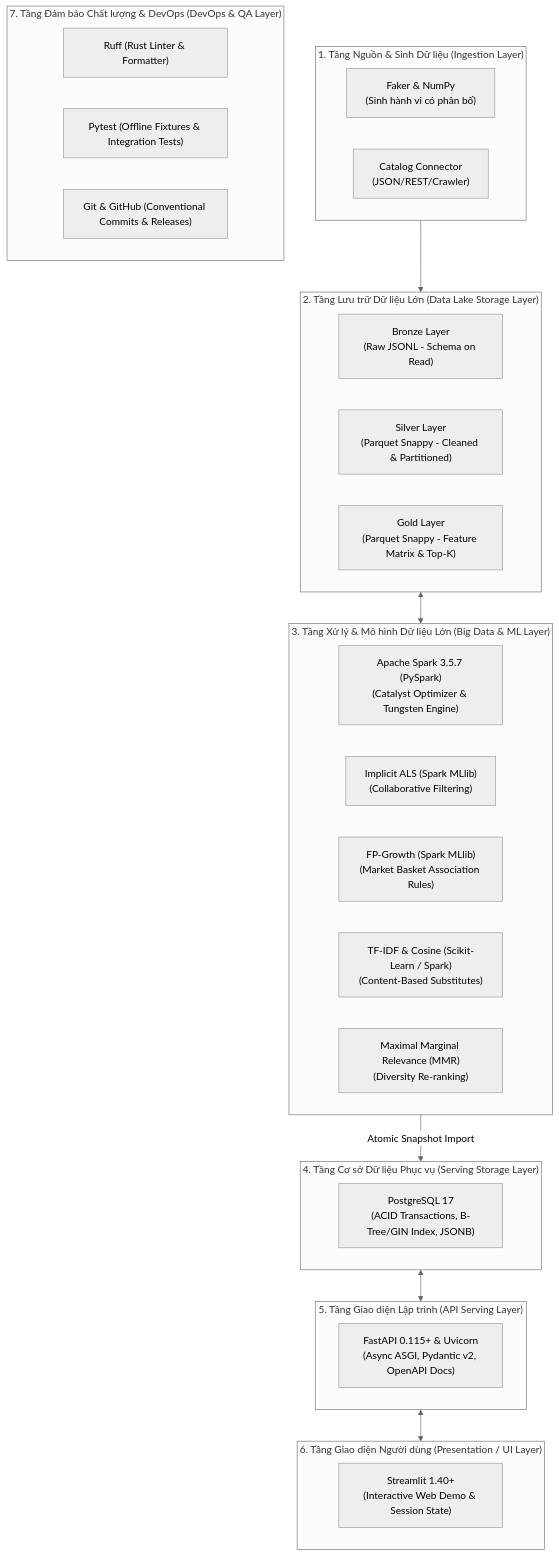
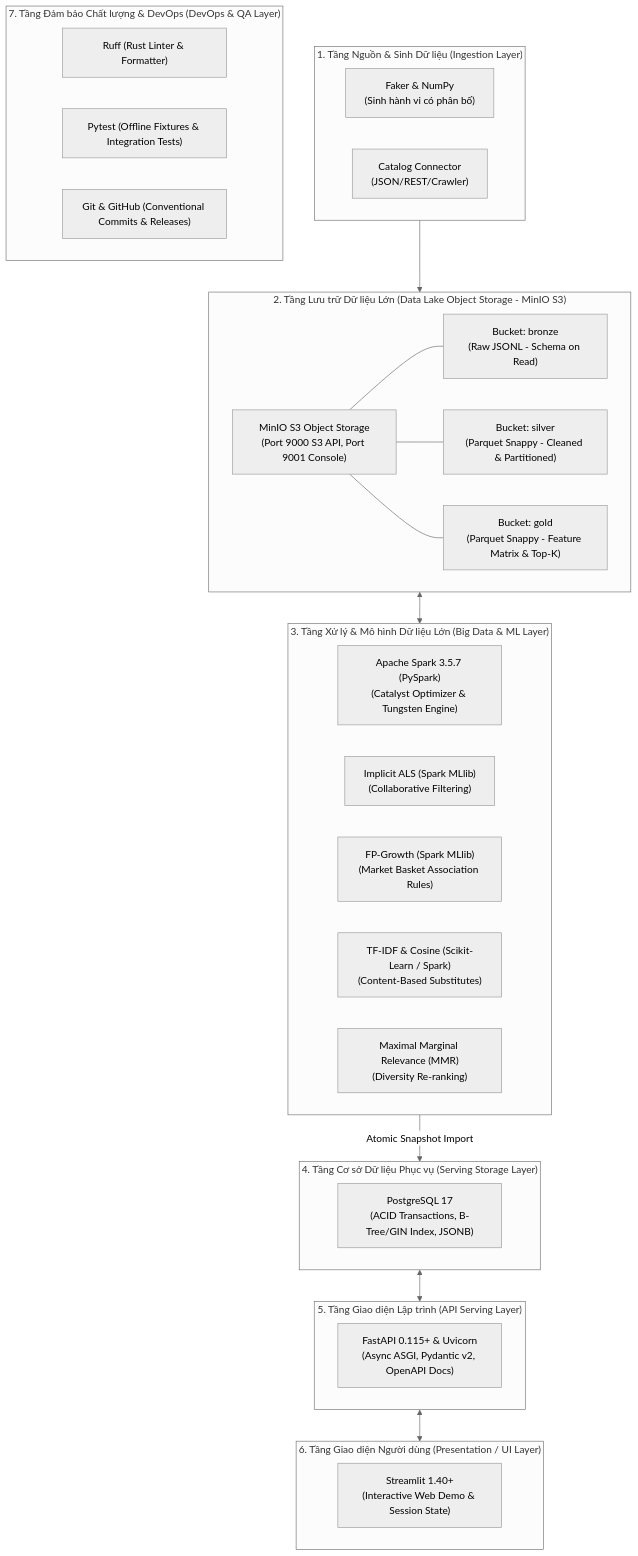
The diagram in docs/TECH_STACK.md (ndthanhh/big-data-product-recommender), drawn with Mermaid (neutral theme) before and after one commit. The commit also changed other lines of this file and 5 other files, not shown here.

Commit message:
docs: integrate MinIO S3 object storage into architecture and tech stack

````diff
--- a/docs/TECH_STACK.md
+++ b/docs/TECH_STACK.md
@@ -10,45 +10,49 @@
 ```mermaid
 flowchart TB
     subgraph Layer1["1. Tầng Nguồn & Sinh Dữ liệu (Ingestion Layer)"]
         Faker["Faker & NumPy<br>(Sinh hành vi có phân bố)"]
         CatalogCrawler["Catalog Connector<br>(JSON/REST/Crawler)"]
     end
 
-    subgraph Layer2["2. Tầng Lưu trữ Dữ liệu Lớn (Data Lake Storage Layer)"]
-        Bronze["Bronze Layer<br>(Raw JSONL - Schema on Read)"]
-        Silver["Silver Layer<br>(Parquet Snappy - Cleaned & Partitioned)"]
-        Gold["Gold Layer<br>(Parquet Snappy - Feature Matrix & Top-K)"]
+    subgraph Layer2["2. Tầng Lưu trữ Dữ liệu Lớn (Data Lake Object Storage - MinIO S3)"]
+        MinIO["MinIO S3 Object Storage<br>(Port 9000 S3 API, Port 9001 Console)"]
+        Bronze["Bucket: bronze<br>(Raw JSONL - Schema on Read)"]
+        Silver["Bucket: silver<br>(Parquet Snappy - Cleaned & Partitioned)"]
+        Gold["Bucket: gold<br>(Parquet Snappy - Feature Matrix & Top-K)"]
+        MinIO --- Bronze
+        MinIO --- Silver
+        MinIO --- Gold
     end
 
     subgraph Layer3["3. Tầng Xử lý & Mô hình Dữ liệu Lớn (Big Data & ML Layer)"]
         PySpark["Apache Spark 3.5.7 (PySpark)<br>(Catalyst Optimizer & Tungsten Engine)"]
         ALS["Implicit ALS (Spark MLlib)<br>(Collaborative Filtering)"]
         FPGrowth["FP-Growth (Spark MLlib)<br>(Market Basket Association Rules)"]
         TFIDF["TF-IDF & Cosine (Scikit-Learn / Spark)<br>(Content-Based Substitutes)"]
         MMR["Maximal Marginal Relevance (MMR)<br>(Diversity Re-ranking)"]
     end
 
     subgraph Layer4["4. Tầng Cơ sở Dữ liệu Phục vụ (Serving Storage Layer)"]
         Postgres["PostgreSQL 17<br>(ACID Transactions, B-Tree/GIN Index, JSONB)"]
     end
 
     subgraph Layer5["5. Tầng Giao diện Lập trình (API Serving Layer)"]
         FastAPI["FastAPI 0.115+ & Uvicorn<br>(Async ASGI, Pydantic v2, OpenAPI Docs)"]
     end
 
     subgraph Layer6["6. Tầng Giao diện Người dùng (Presentation / UI Layer)"]
         Streamlit["Streamlit 1.40+<br>(Interactive Web Demo & Session State)"]
     end
 
     subgraph Layer7["7. Tầng Đảm bảo Chất lượng & DevOps (DevOps & QA Layer)"]
         Ruff["Ruff (Rust Linter & Formatter)"]
         Pytest["Pytest (Offline Fixtures & Integration Tests)"]
         Git["Git & GitHub (Conventional Commits & Releases)"]
     end
 
     Layer1 --> Layer2
     Layer2 <--> Layer3
     Layer3 -->|Atomic Snapshot Import| Layer4
     Layer4 <--> Layer5
     Layer5 <--> Layer6
 ```
````
